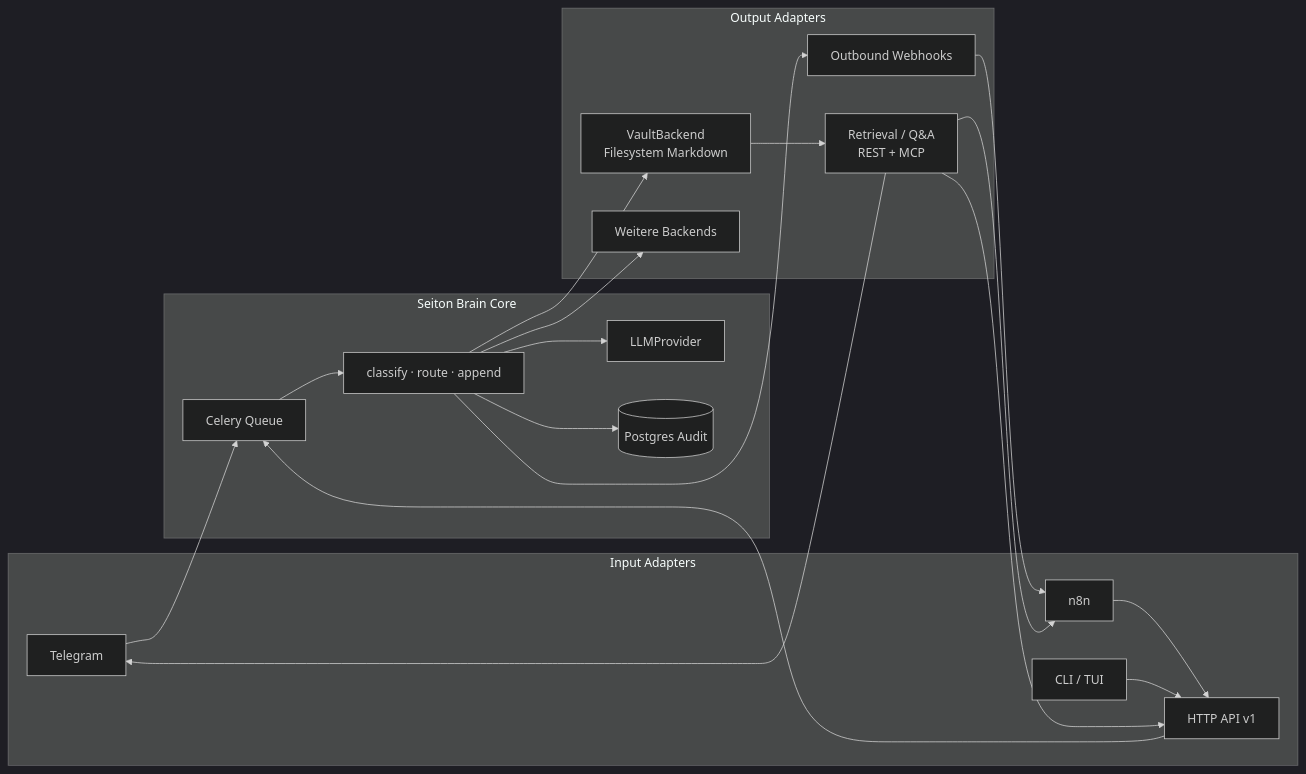
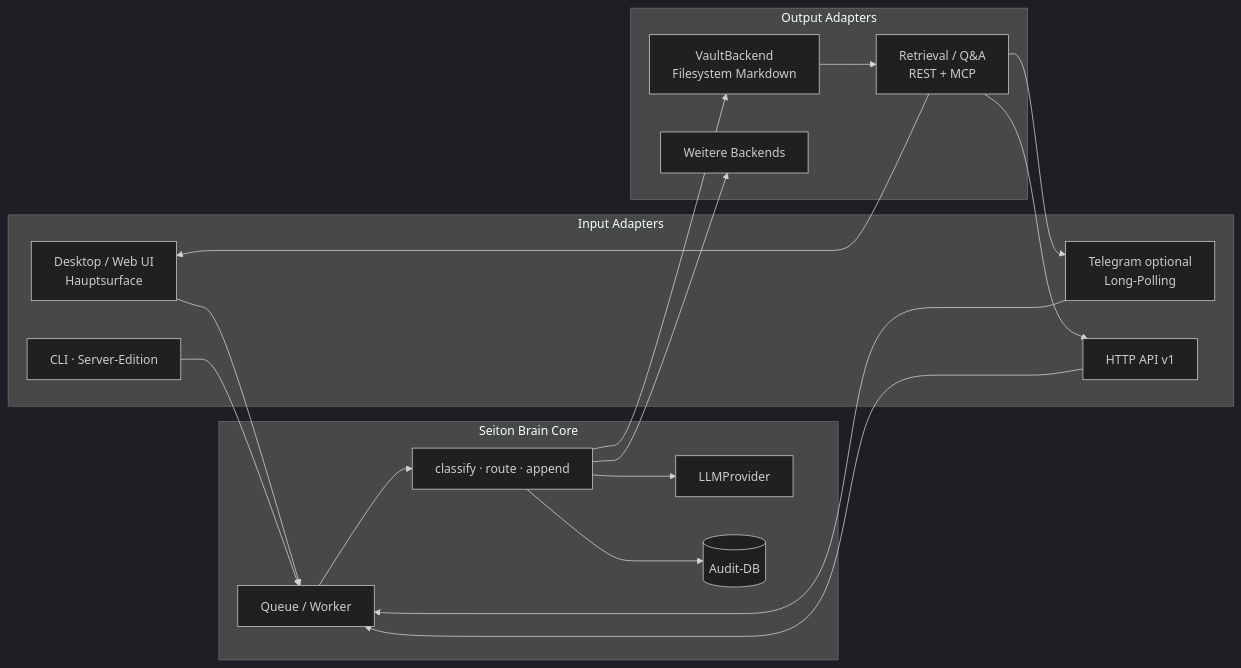
One commit to LeekiGitHub/Seiton-Brain changed the second of 2 diagrams in ARCHITECTURE.md. Above: the diagram before and after it, drawn with Mermaid (dark theme). The commit also changed other lines of this file and 7 other files, not shown here.

````diff
--- a/ARCHITECTURE.md
+++ b/ARCHITECTURE.md
@@ -251,38 +253,35 @@
 ```mermaid
 flowchart LR
   subgraph inputs [Input Adapters]
-    TG[Telegram]
+    UI[Desktop / Web UI<br/>Hauptsurface]
+    TG[Telegram optional<br/>Long-Polling]
     API[HTTP API v1]
-    N8N[n8n]
-    CLI[CLI / TUI]
+    CLI[CLI · Server-Edition]
   end
 
   subgraph core [Seiton Brain Core]
-    Q[Celery Queue]
+    Q[Queue / Worker]
     SVC[classify · route · append]
     LLM[LLMProvider]
-    DB[(Postgres Audit)]
+    DB[(Audit-DB)]
   end
 
   subgraph outputs [Output Adapters]
     VAULT[VaultBackend<br/>Filesystem Markdown]
-    HOOK[Outbound Webhooks]
     ALT[Weitere Backends]
     RET[Retrieval / Q&A<br/>REST + MCP]
   end
 
+  UI --> Q
   TG --> Q
   API --> Q
-  N8N --> API
-  CLI --> API
+  CLI --> Q
   Q --> SVC --> LLM
   SVC --> DB
   SVC --> VAULT
   SVC --> ALT
-  SVC --> HOOK
-  HOOK --> N8N
   VAULT --> RET
+  RET --> UI
   RET --> TG
   RET --> API
-  RET --> N8N
 ```
````
